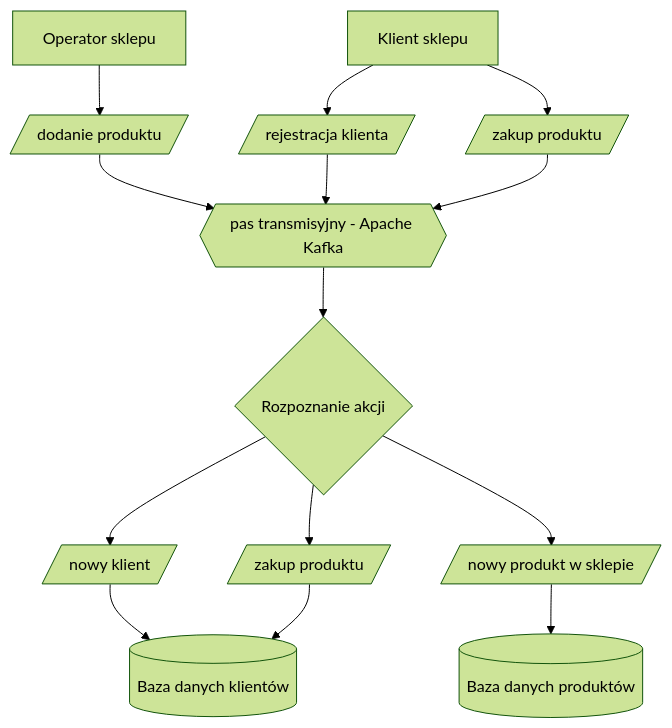
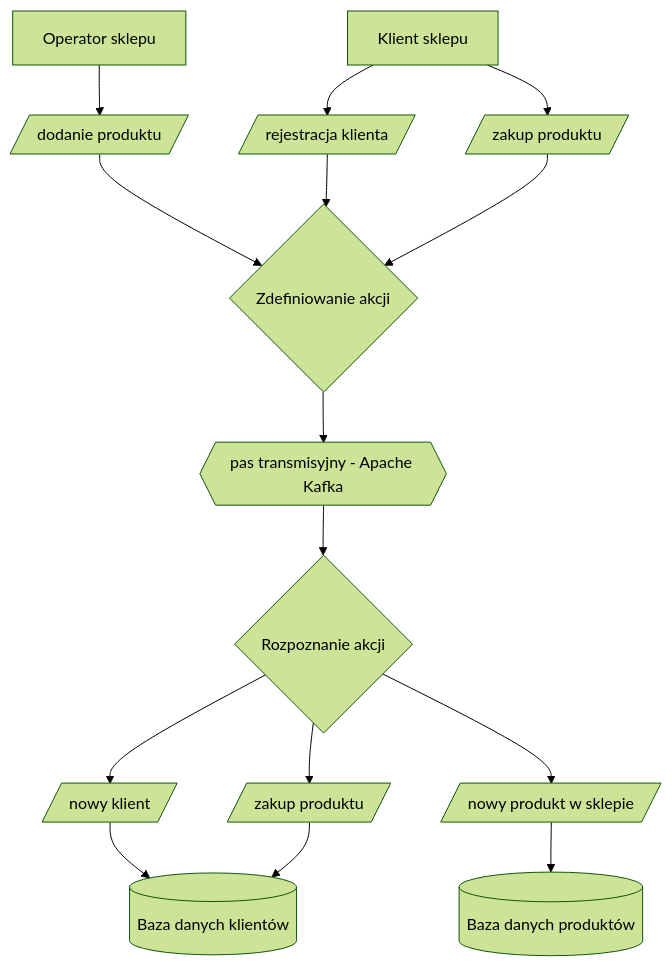
The first of 4 diagrams in README.md (prokulski/ClientFlow), drawn with Mermaid (forest theme) before and after one commit. The commit also changed other lines of this file and 5 other files, not shown here.

````diff
--- a/README.md
+++ b/README.md
@@ -33,16 +33,17 @@
 ```mermaid
 flowchart 
     Sklep[Operator sklepu] --> NowyProdukt[/dodanie produktu/];
     Klient[Klient sklepu] --> NowyKlient[/rejestracja klienta/];
     Klient --> ZakupProduktu[/zakup produktu/];
-    NowyProdukt --> Kafka{{pas transmisyjny - Apache Kafka}};
-    NowyKlient --> Kafka;
-    ZakupProduktu --> Kafka;
-    Kafka --> Preprocesing{Rozpoznanie akcji};
-    Preprocesing --> DodanieKlienta[/nowy klient/];
-    Preprocesing --> DodanieProduktu[/nowy produkt w sklepie/];
-    Preprocesing --> UpdateProduktu[/zakup produktu/];
+    NowyProdukt --> PreprocesingIn{Zdefiniowanie akcji}
+    NowyKlient --> PreprocesingIn;
+    ZakupProduktu --> PreprocesingIn;
+    PreprocesingIn --> Kafka{{pas transmisyjny - Apache Kafka}};
+    Kafka --> PreprocesingOut{Rozpoznanie akcji};
+    PreprocesingOut --> DodanieKlienta[/nowy klient/];
+    PreprocesingOut --> DodanieProduktu[/nowy produkt w sklepie/];
+    PreprocesingOut --> UpdateProduktu[/zakup produktu/];
     DodanieKlienta --> BazaKlient[(Baza danych klientów)];
     UpdateProduktu --> BazaKlient
     DodanieProduktu --> BazaProd[(Baza danych produktów)];
 ```
````
